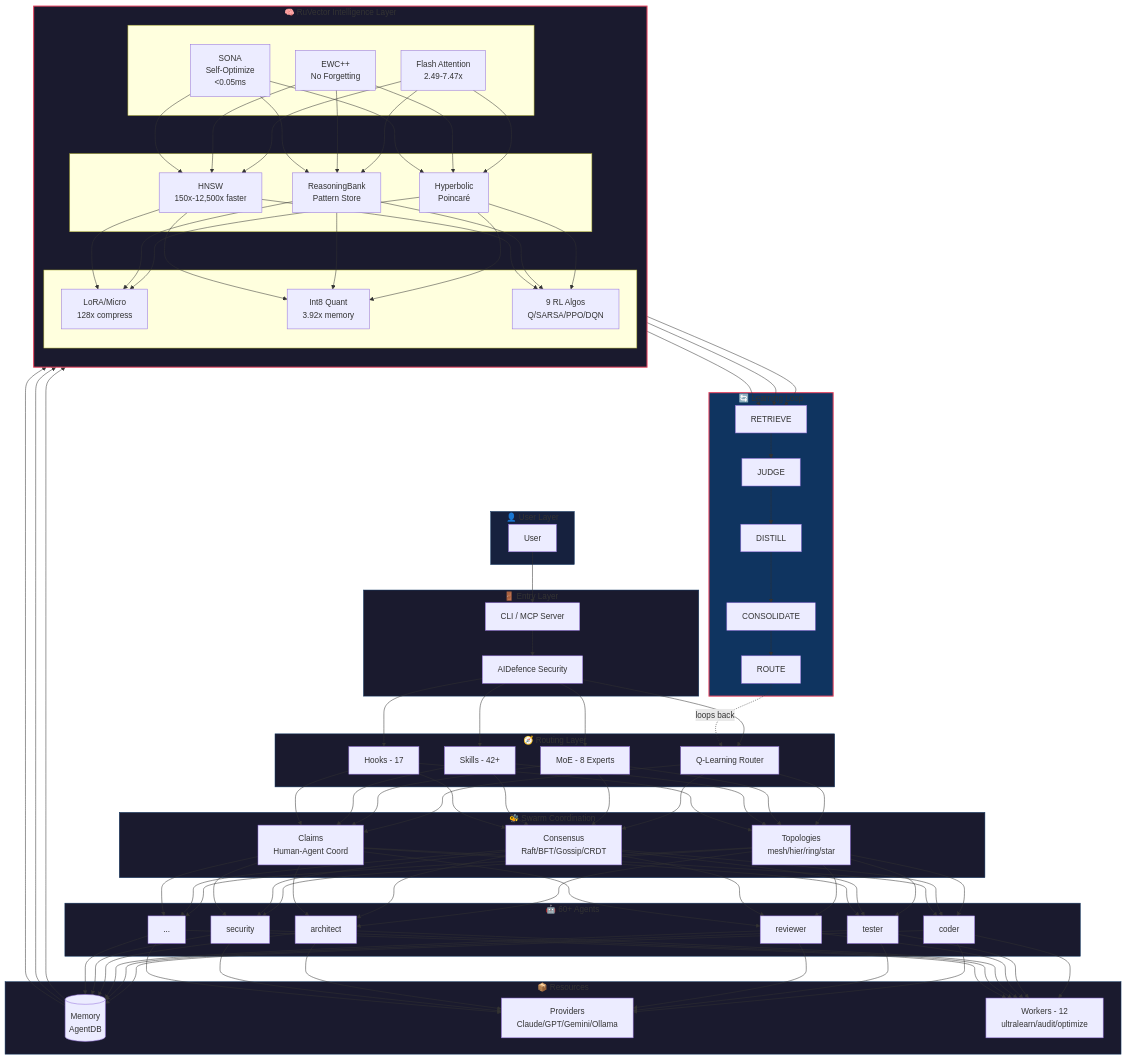
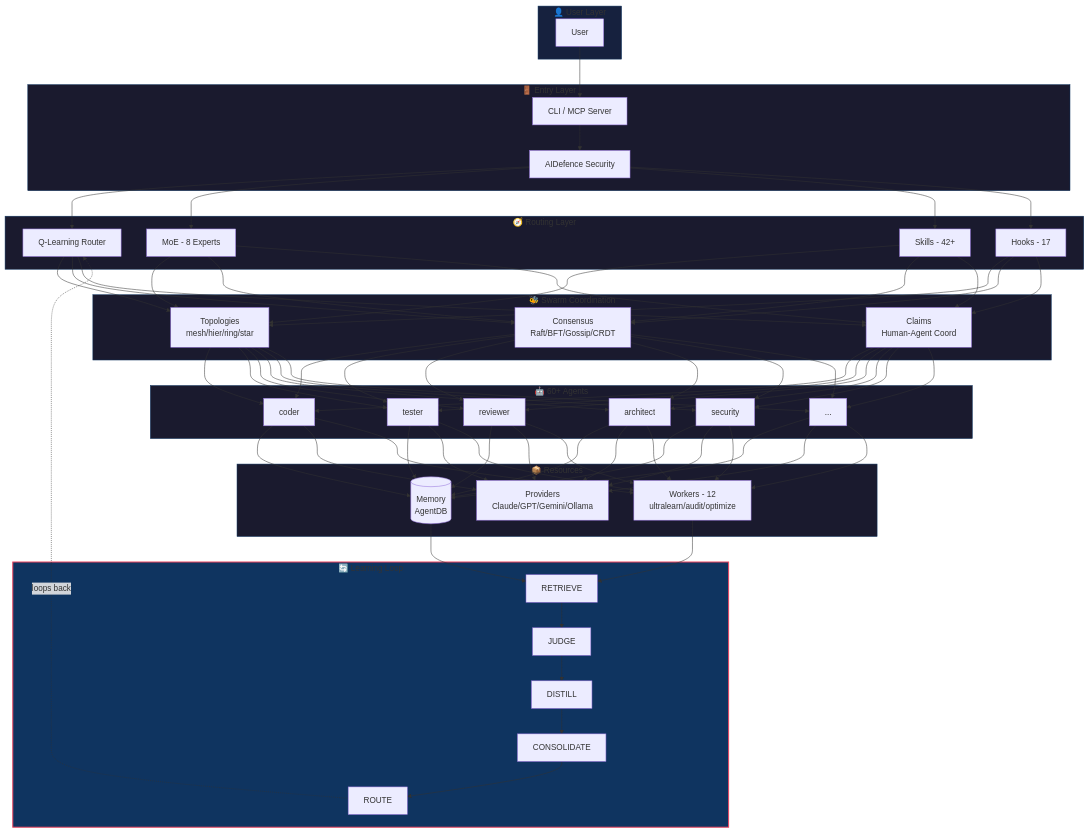
Before and after one commit to hypnwtykvmpr/hive-flow: the first of 6 diagrams in README.md, drawn with Mermaid. The commit also changed other lines of this file, not shown here.

First line of the commit message:
docs(readme): remove detached RuVector surfaces + soften unbacked perf claims

```diff
--- a/README.md
+++ b/README.md
@@ -64,25 +64,6 @@
         WORK[Workers - 12<br/>ultralearn/audit/optimize]
     end
 
-    subgraph RUVECTOR["🧠 RuVector Intelligence Layer"]
-        direction TB
-        subgraph ROW1[" "]
-            SONA[SONA<br/>Self-Optimize<br/>&lt;0.05ms]
-            EWC[EWC++<br/>No Forgetting]
-            FLASH[Flash Attention<br/>2.49-7.47x]
-        end
-        subgraph ROW2[" "]
-            HNSW[HNSW<br/>150x-12,500x faster]
-            RB[ReasoningBank<br/>Pattern Store]
-            HYP[Hyperbolic<br/>Poincaré]
-        end
-        subgraph ROW3[" "]
-            LORA[LoRA/Micro<br/>128x compress]
-            QUANT[Int8 Quant<br/>3.92x memory]
-            RL[9 RL Algos<br/>Q/SARSA/PPO/DQN]
-        end
-    end
-
     subgraph LEARNING["🔄 Learning Loop"]
         L1[RETRIEVE] --> L2[JUDGE] --> L3[DISTILL] --> L4[CONSOLIDATE] --> L5[ROUTE]
     end
@@ -93,13 +74,9 @@
     QL & MOE & SK & HK --> TOPO & CONS & CLM
     TOPO & CONS & CLM --> AG1 & AG2 & AG3 & AG4 & AG5 & AG6
     AG1 & AG2 & AG3 & AG4 & AG5 & AG6 --> MEM & PROV & WORK
-    MEM --> SONA & EWC & FLASH
-    SONA & EWC & FLASH --> HNSW & RB & HYP
-    HNSW & RB & HYP --> LORA & QUANT & RL
-    LORA & QUANT & RL --> L1
+    MEM & WORK --> L1
     L5 -.->|loops back| QL
 
-    style RUVECTOR fill:#1a1a2e,stroke:#e94560,stroke-width:2px
     style LEARNING fill:#0f3460,stroke:#e94560,stroke-width:2px
     style USER fill:#16213e,stroke:#0f3460
     style ENTRY fill:#1a1a2e,stroke:#0f3460
```
